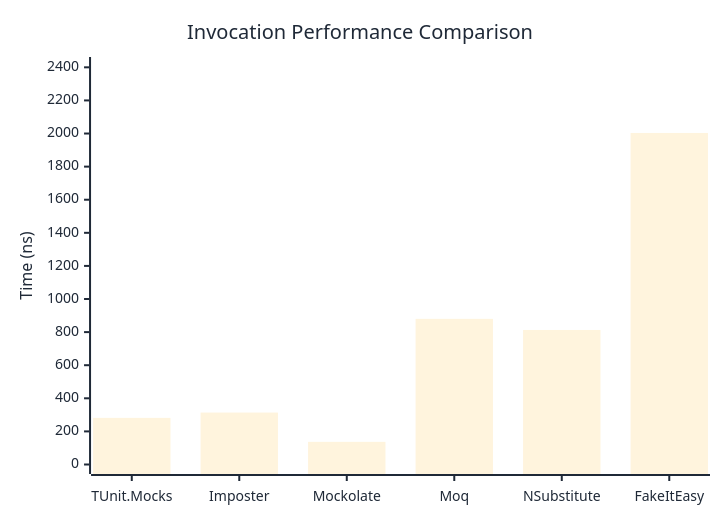
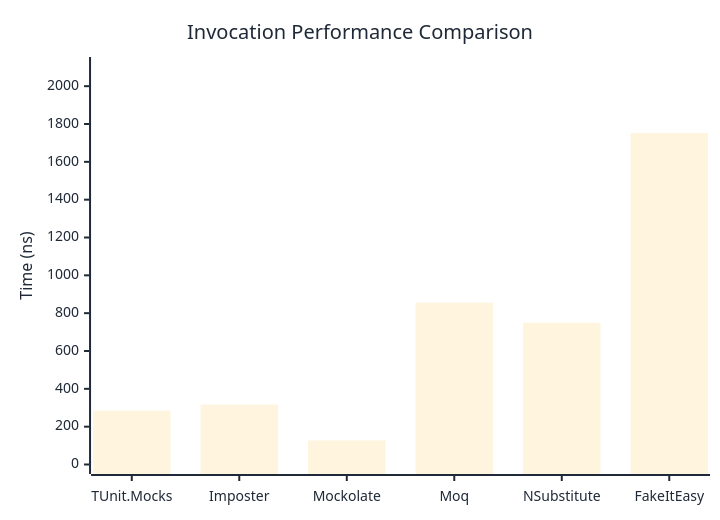
Before and after one commit to thomhurst/TUnit: the first of 3 diagrams in docs/docs/benchmarks/mocks/Invocation.md, drawn with Mermaid. The commit also changed other lines of this file and 14 other files, not shown here.

````diff
--- a/docs/docs/benchmarks/mocks/Invocation.md
+++ b/docs/docs/benchmarks/mocks/Invocation.md
@@ -30,27 +30,27 @@
 ```mermaid
 %%{init: {
   'theme':'base',
   'themeVariables': {
     'primaryColor': '#2563eb',
     'primaryTextColor': '#1f2937',
     'primaryBorderColor': '#1e40af',
     'lineColor': '#6b7280',
     'secondaryColor': '#7c3aed',
     'tertiaryColor': '#dc2626',
     'background': '#ffffff',
     'pie1': '#2563eb',
     'pie2': '#7c3aed',
     'pie3': '#dc2626',
     'pie4': '#f59e0b',
     'pie5': '#10b981',
     'pie6': '#06b6d4',
     'pie7': '#ec4899',
     'pie8': '#6366f1'
   }
 }}%%
 xychart-beta
   title "Invocation Performance Comparison"
   x-axis ["TUnit.Mocks", "Imposter", "Mockolate", "Moq", "NSubstitute", "FakeItEasy"]
-  y-axis "Time (ns)" 0 --> 2405
-  bar [281.7, 313.8, 136.8, 880.1, 813, 2003.4]
+  y-axis "Time (ns)" 0 --> 2104
+  bar [284.57, 316.76, 127.13, 855.61, 749.47, 1752.54]
 ```
````
